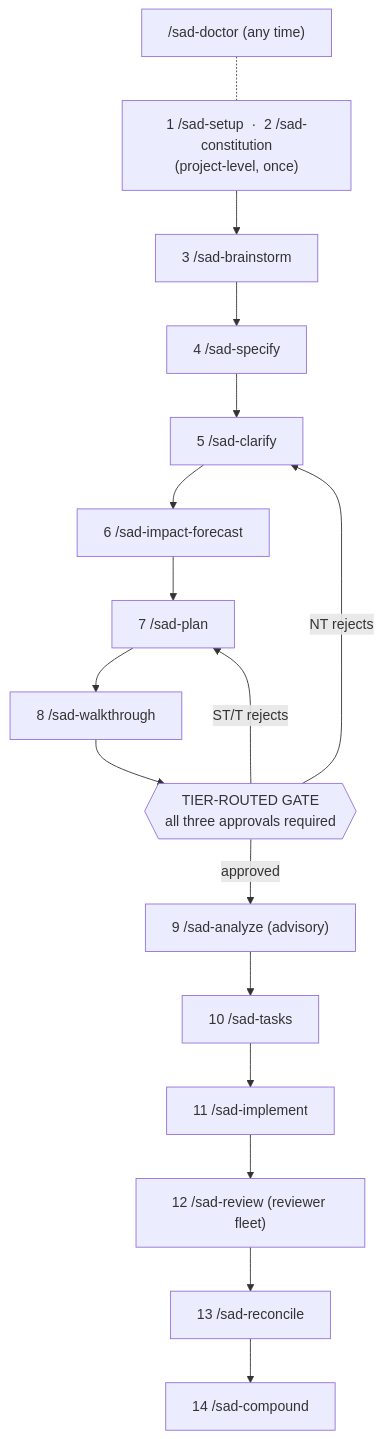
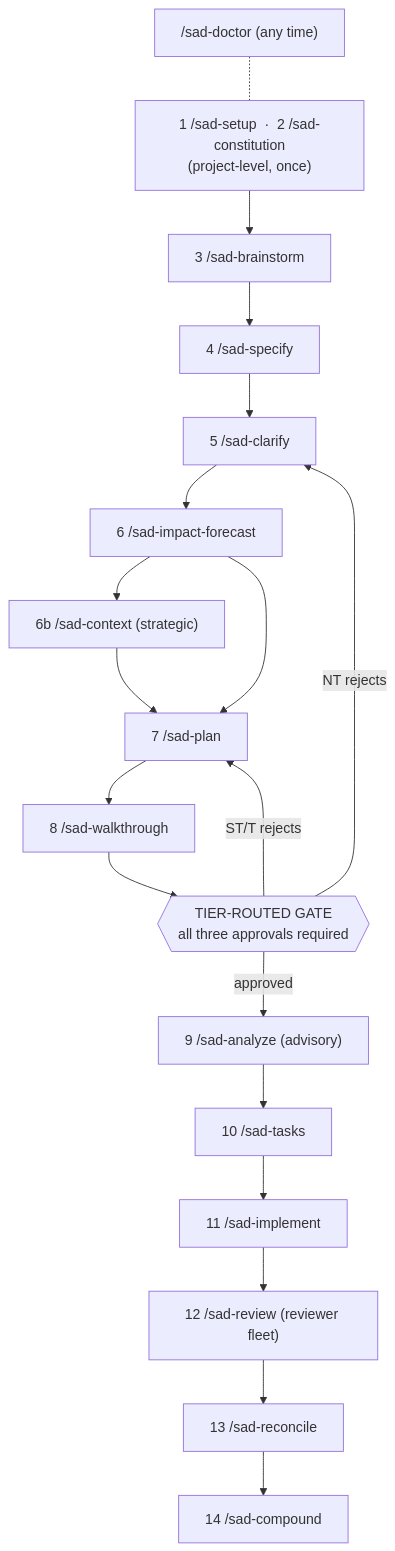
Before and after one commit to shoshain/sad: the diagram in CHEATSHEET.md, drawn with Mermaid. The commit also changed other lines of this file and 47 other files, not shown here.

````diff
--- a/CHEATSHEET.md
+++ b/CHEATSHEET.md
@@ -5,24 +5,29 @@
 ```mermaid
 flowchart TD
     setup["1 /sad-setup &nbsp;·&nbsp; 2 /sad-constitution<br/>(project-level, once)"]
     brainstorm["3 /sad-brainstorm"]
     specify["4 /sad-specify"]
     clarify["5 /sad-clarify"]
     forecast["6 /sad-impact-forecast"]
+    context["6b /sad-context (strategic)"]
     plan["7 /sad-plan"]
     walk["8 /sad-walkthrough"]
     gate{{"TIER-ROUTED GATE<br/>all three approvals required"}}
     analyze["9 /sad-analyze (advisory)"]
     tasks["10 /sad-tasks"]
     impl["11 /sad-implement"]
     review["12 /sad-review (reviewer fleet)"]
     rec["13 /sad-reconcile"]
     comp["14 /sad-compound"]
     doc["/sad-doctor (any time)"]
 
-    setup --> brainstorm --> specify --> clarify --> forecast --> plan --> walk --> gate
+    setup --> brainstorm --> specify --> clarify --> forecast
+    forecast --> context
+    forecast --> plan
+    context --> plan
+    plan --> walk --> gate
     gate -->|approved| analyze --> tasks --> impl --> review --> rec --> comp
     gate -->|NT rejects| clarify
     gate -->|ST/T rejects| plan
     doc -.- setup
 ```
````
